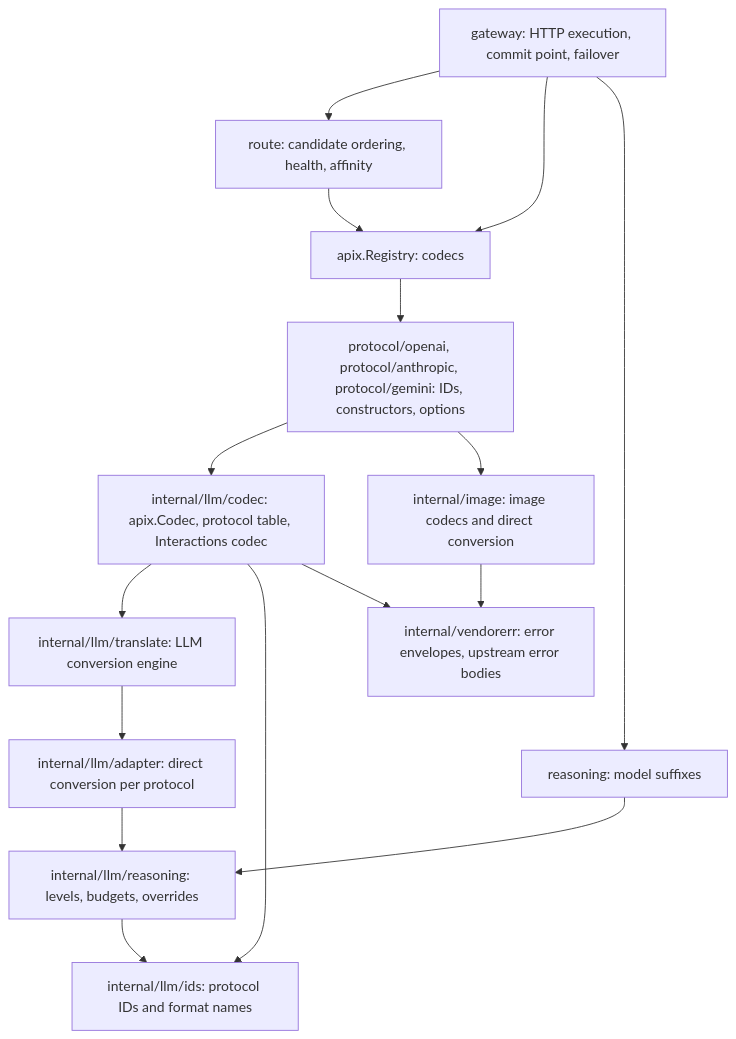
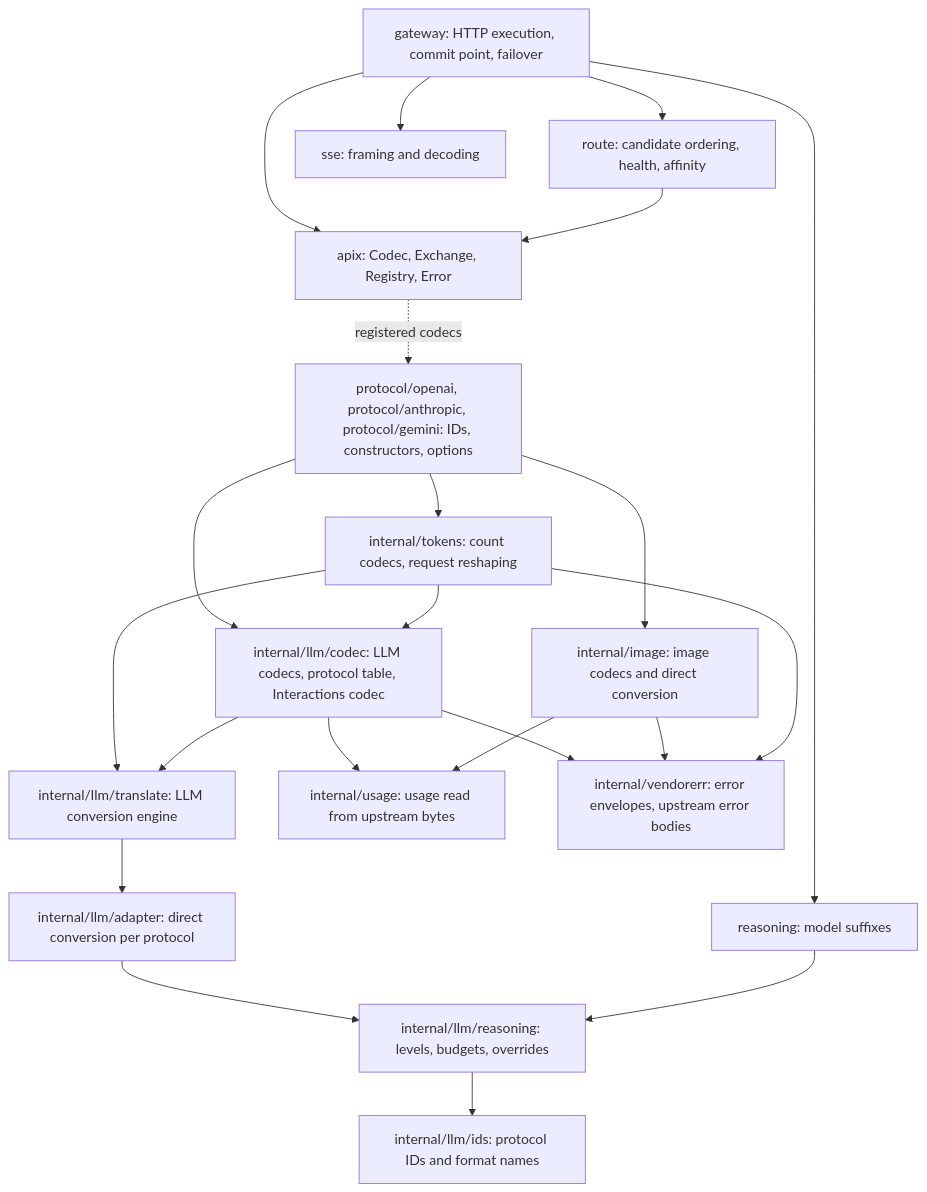
The diagram in docs/architecture.md (dillonzq/apix), drawn with Mermaid before and after one commit. The commit also changed other lines of this file and 17 other files, not shown here.

````diff
--- a/docs/architecture.md
+++ b/docs/architecture.md
@@ -7,18 +7,24 @@
 ```mermaid
 flowchart TD
     GW[gateway: HTTP execution, commit point, failover] --> RT[route: candidate ordering, health, affinity]
-    GW --> REG[apix.Registry: codecs]
-    GW --> TH[reasoning: model suffixes]
+    GW --> RP[reasoning: model suffixes]
+    GW --> SSE[sse: framing and decoding]
+    GW --> REG[apix: Codec, Exchange, Registry, Error]
     RT --> REG
-    REG --> VENDOR[protocol/openai, protocol/anthropic, protocol/gemini: IDs, constructors, options]
-    VENDOR --> CODEC[internal/llm/codec: apix.Codec, protocol table, Interactions codec]
-    TH --> RS
+    REG -. registered codecs .-> VENDOR[protocol/openai, protocol/anthropic, protocol/gemini: IDs, constructors, options]
+    VENDOR --> CODEC[internal/llm/codec: LLM codecs, protocol table, Interactions codec]
+    VENDOR --> IMAGE[internal/image: image codecs and direct conversion]
+    VENDOR --> TOKENS[internal/tokens: count codecs, request reshaping]
+    TOKENS --> CODEC
+    TOKENS --> ENGINE
     CODEC --> ENGINE[internal/llm/translate: LLM conversion engine]
     ENGINE --> ADAPTERS[internal/llm/adapter: direct conversion per protocol]
     ADAPTERS --> RS[internal/llm/reasoning: levels, budgets, overrides]
-    CODEC --> IDS[internal/llm/ids: protocol IDs and format names]
-    RS --> IDS
-    VENDOR --> IMAGE[internal/image: image codecs and direct conversion]
+    RP --> RS
+    RS --> IDS[internal/llm/ids: protocol IDs and format names]
+    CODEC --> USAGE[internal/usage: usage read from upstream bytes]
+    IMAGE --> USAGE
     CODEC --> VE[internal/vendorerr: error envelopes, upstream error bodies]
     IMAGE --> VE
+    TOKENS --> VE
 ```
````
